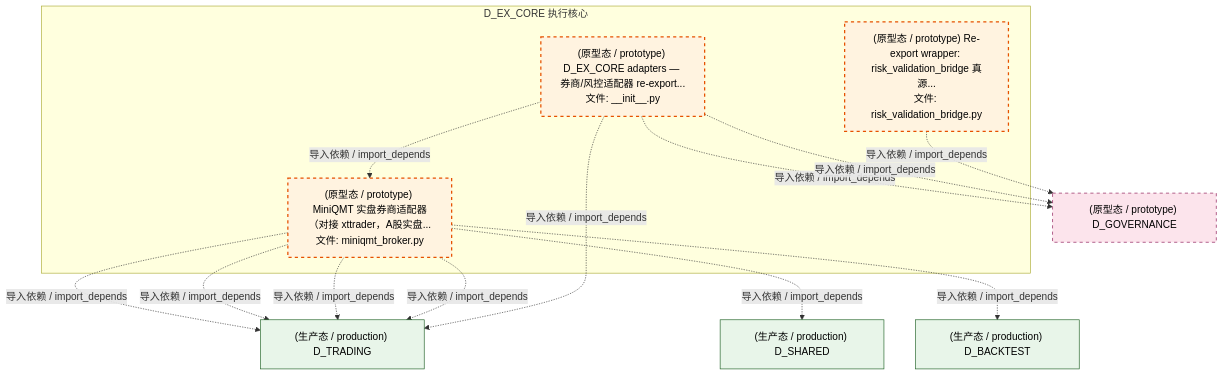
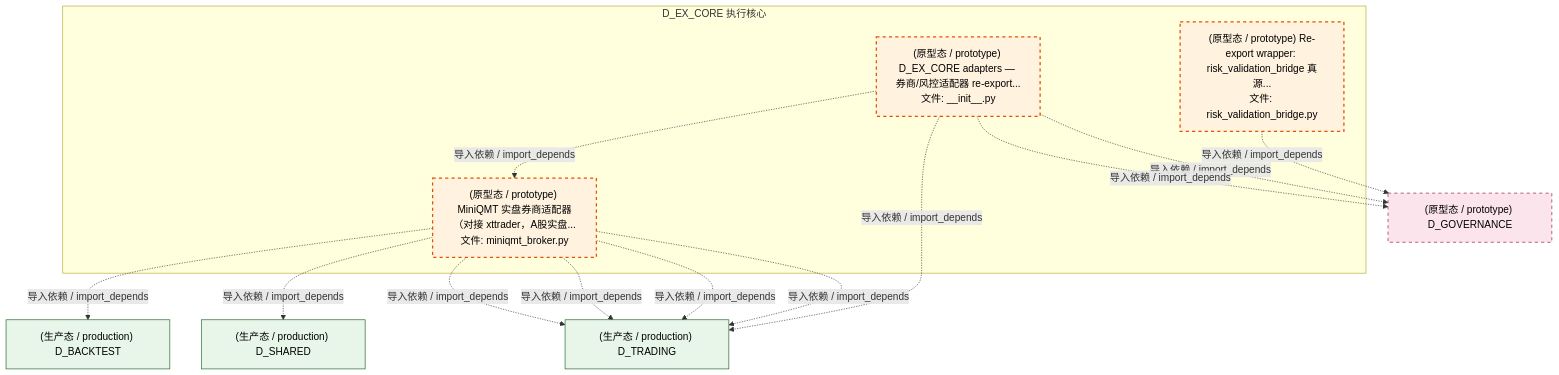
Before and after one commit to xuanFelixVan/ZephyrAlpha: the fourth of 5 diagrams in docs/02_enterprise_architecture/02_domain_architecture_docs/34_d_ex_core.md, drawn with Mermaid. The commit also changed other lines of this file and 87 other files, not shown here.

````diff
--- a/docs/02_enterprise_architecture/02_domain_architecture_docs/34_d_ex_core.md
+++ b/docs/02_enterprise_architecture/02_domain_architecture_docs/34_d_ex_core.md
@@ -184,30 +184,30 @@
 ```mermaid
 graph TD
     subgraph D_EX_CORE["D_EX_CORE 执行核心"]
         src_zephyr_ex_core_adapters_init_py["(原型态 / prototype) D_EX_CORE adapters — 券商/风控适配器 re-export...<br/>文件: __init__.py"]
         src_zephyr_ex_core_adapters_miniqmt_broker_py["(原型态 / prototype) MiniQMT 实盘券商适配器（对接 xttrader，A股实盘...<br/>文件: miniqmt_broker.py"]
         src_zephyr_ex_core_adapters_risk_validation_bridge_py["(原型态 / prototype) Re-export wrapper: risk_validation_bridge 真源...<br/>文件: risk_validation_bridge.py"]
     end
     src_zephyr_ex_core_adapters_init_py -.->|导入依赖 / import_depends| src_zephyr_ex_core_adapters_miniqmt_broker_py
+    D_GOVERNANCE["(原型态 / prototype) D_GOVERNANCE"]
+    src_zephyr_ex_core_adapters_risk_validation_bridge_py -.->|导入依赖 / import_depends| D_GOVERNANCE
     D_TRADING["(生产态 / production) D_TRADING"]
+    src_zephyr_ex_core_adapters_init_py -.->|导入依赖 / import_depends| D_TRADING
+    src_zephyr_ex_core_adapters_init_py -.->|导入依赖 / import_depends| D_GOVERNANCE
+    src_zephyr_ex_core_adapters_init_py -.->|导入依赖 / import_depends| D_GOVERNANCE
     src_zephyr_ex_core_adapters_miniqmt_broker_py -.->|导入依赖 / import_depends| D_TRADING
+    D_BACKTEST["(生产态 / production) D_BACKTEST"]
+    src_zephyr_ex_core_adapters_miniqmt_broker_py -.->|导入依赖 / import_depends| D_BACKTEST
     src_zephyr_ex_core_adapters_miniqmt_broker_py -.->|导入依赖 / import_depends| D_TRADING
     D_SHARED["(生产态 / production) D_SHARED"]
     src_zephyr_ex_core_adapters_miniqmt_broker_py -.->|导入依赖 / import_depends| D_SHARED
     src_zephyr_ex_core_adapters_miniqmt_broker_py -.->|导入依赖 / import_depends| D_TRADING
-    D_BACKTEST["(生产态 / production) D_BACKTEST"]
-    src_zephyr_ex_core_adapters_miniqmt_broker_py -.->|导入依赖 / import_depends| D_BACKTEST
     src_zephyr_ex_core_adapters_miniqmt_broker_py -.->|导入依赖 / import_depends| D_TRADING
-    D_GOVERNANCE["(原型态 / prototype) D_GOVERNANCE"]
-    src_zephyr_ex_core_adapters_init_py -.->|导入依赖 / import_depends| D_GOVERNANCE
-    src_zephyr_ex_core_adapters_init_py -.->|导入依赖 / import_depends| D_TRADING
-    src_zephyr_ex_core_adapters_init_py -.->|导入依赖 / import_depends| D_GOVERNANCE
-    src_zephyr_ex_core_adapters_risk_validation_bridge_py -.->|导入依赖 / import_depends| D_GOVERNANCE
     classDef production fill:#e1f5fe,stroke:#01579b,stroke-width:2px,color:#000
     classDef design fill:#fff3e0,stroke:#e65100,stroke-width:2px,color:#000,stroke-dasharray: 5 5
     classDef external_prod fill:#e8f5e9,stroke:#1b5e20,stroke-width:1px,color:#000
     classDef external_design fill:#fce4ec,stroke:#880e4f,stroke-width:1px,color:#000,stroke-dasharray: 5 5
     class src_zephyr_ex_core_adapters_init_py,src_zephyr_ex_core_adapters_miniqmt_broker_py,src_zephyr_ex_core_adapters_risk_validation_bridge_py design
-    class D_TRADING,D_SHARED,D_BACKTEST external_prod
+    class D_TRADING,D_BACKTEST,D_SHARED external_prod
     class D_GOVERNANCE external_design
 ```
````
